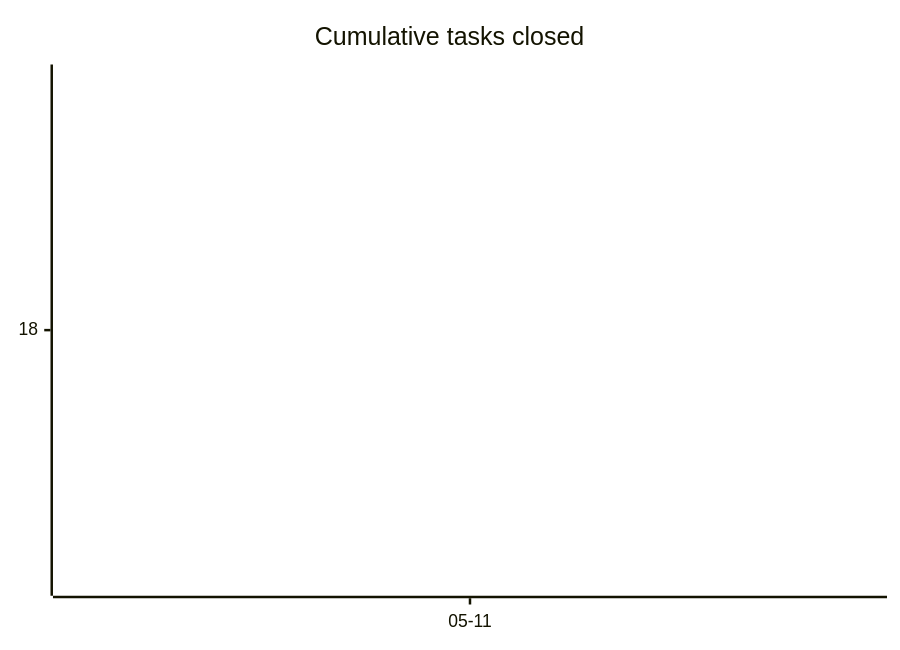
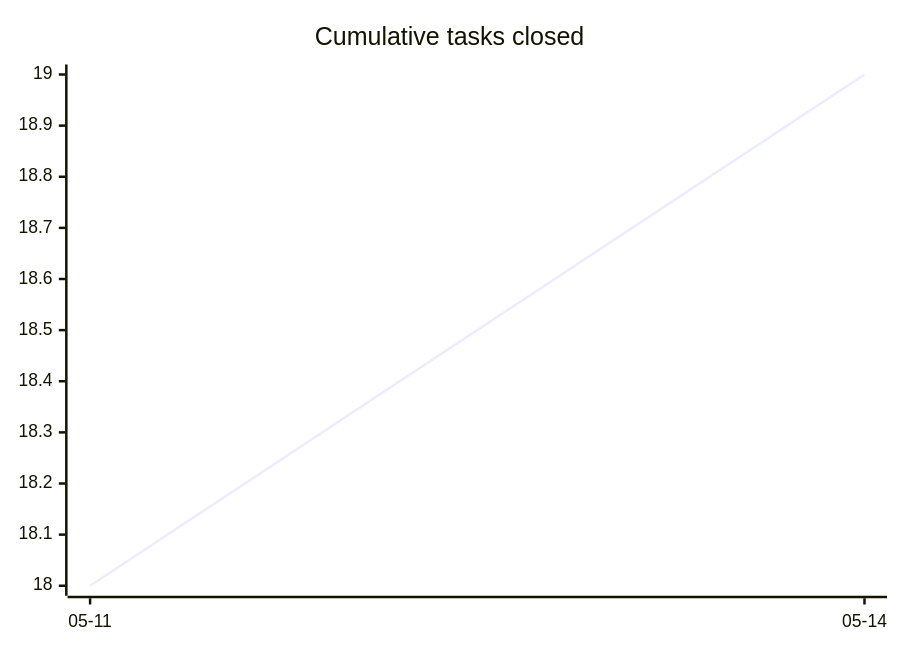
Before and after one commit to tgd1975/AwesomeGuitarPedal: the first of 3 diagrams in docs/developers/tasks/OVERVIEW.md, drawn with Mermaid. The commit also changed other lines of this file and 13 other files, not shown here.

````diff
--- a/docs/developers/tasks/OVERVIEW.md
+++ b/docs/developers/tasks/OVERVIEW.md
@@ -22,6 +22,6 @@
 ```mermaid
 xychart-beta
     title "Cumulative tasks closed"
-    x-axis ["05-11"]
-    line [18]
+    x-axis ["05-11", "05-14"]
+    line [18, 19]
 ```
````
